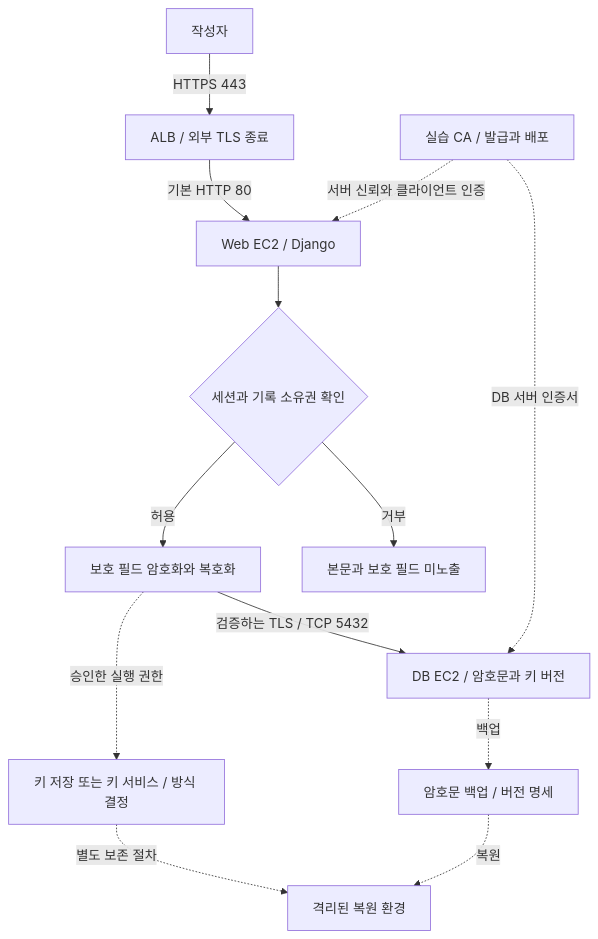
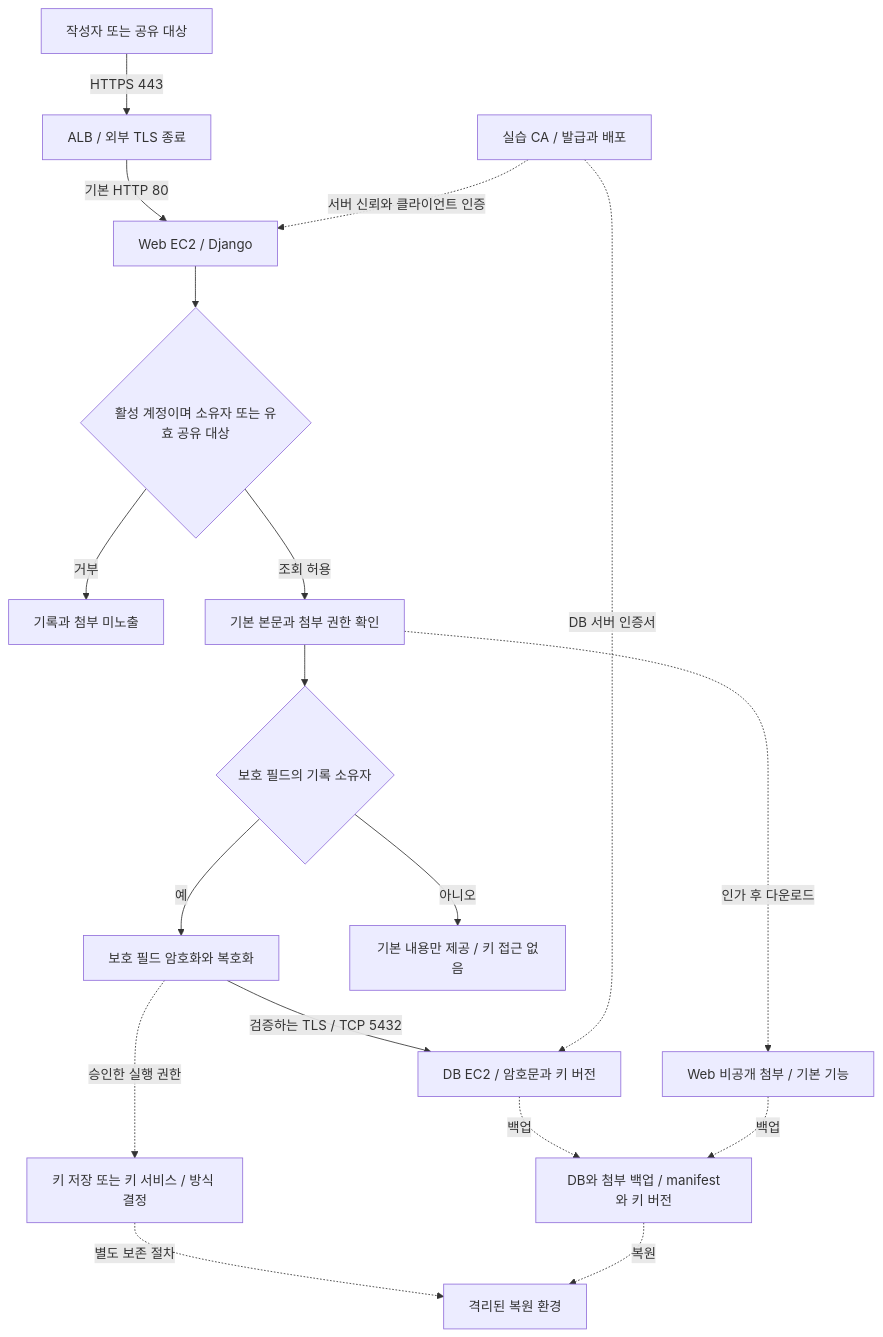
The first of 3 diagrams in 심화프로젝트_계획.md (MinsooAhn02/Haven), drawn with Mermaid before and after one commit. The commit also changed other lines of this file and 7 other files, not shown here.

````diff
--- a/심화프로젝트_계획.md
+++ b/심화프로젝트_계획.md
@@ -43,15 +43,20 @@
 ```mermaid
 flowchart TB
-    member[작성자] -->|HTTPS 443| alb[ALB / 외부 TLS 종료]
+    member[작성자 또는 공유 대상] -->|HTTPS 443| alb[ALB / 외부 TLS 종료]
     alb -->|기본 HTTP 80| web[Web EC2 / Django]
-    web --> owner{세션과 기록 소유권 확인}
-    owner -->|허용| crypto[보호 필드 암호화와 복호화]
-    owner -->|거부| denied[본문과 보호 필드 미노출]
+    web --> read{활성 계정이며 소유자 또는 유효 공유 대상}
+    read -->|거부| denied[기록과 첨부 미노출]
+    read -->|조회 허용| basic[기본 본문과 첨부 권한 확인]
+    basic --> owner{보호 필드의 기록 소유자}
+    owner -->|예| crypto[보호 필드 암호화와 복호화]
+    owner -->|아니오| shared[기본 내용만 제공 / 키 접근 없음]
+    basic -. 인가 후 다운로드 .-> files[Web 비공개 첨부 / 기본 기능]
     crypto -. 승인한 실행 권한 .-> keys[키 저장 또는 키 서비스 / 방식 결정]
     crypto -->|검증하는 TLS / TCP 5432| db[DB EC2 / 암호문과 키 버전]
     ca[실습 CA / 발급과 배포] -. 서버 신뢰와 클라이언트 인증 .-> web
     ca -. DB 서버 인증서 .-> db
-    db -. 백업 .-> backup[암호문 백업 / 버전 명세]
+    db -. 백업 .-> backup[DB와 첨부 백업 / manifest와 키 버전]
+    files -. 백업 .-> backup
     keys -. 별도 보존 절차 .-> restore[격리된 복원 환경]
     backup -. 복원 .-> restore
 ```
````
